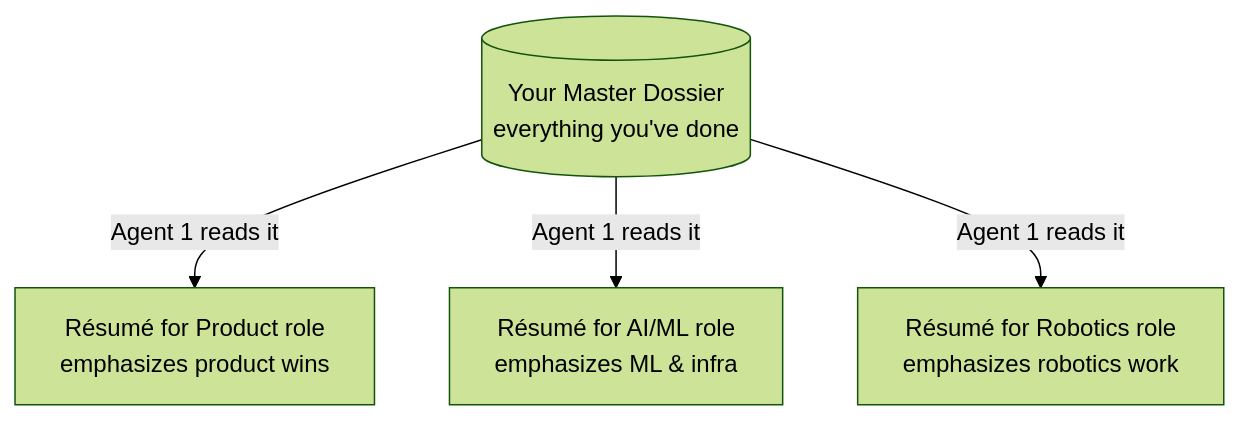
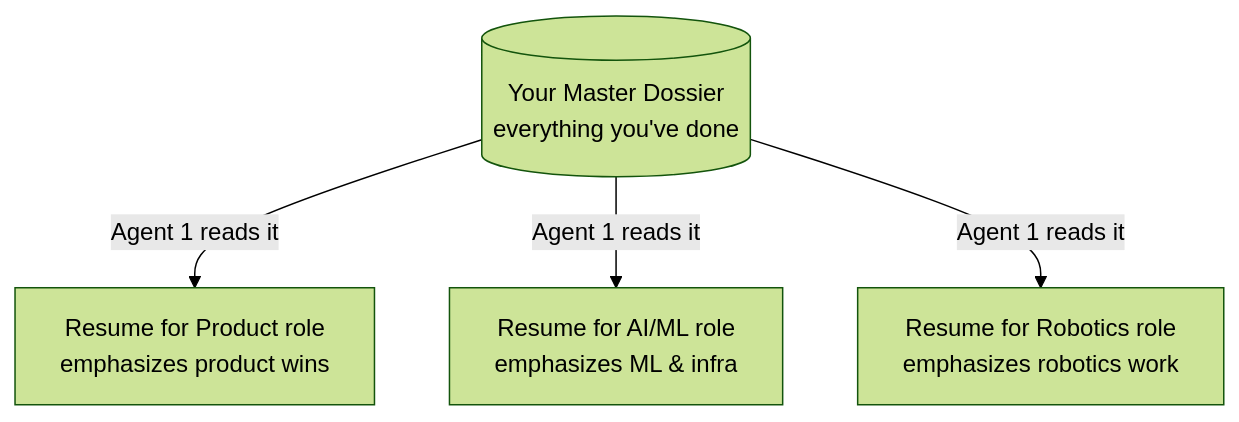
Before and after one commit to parseus-ai-inc/maestro-ai-backend: the diagram in docs/10-master-dossier.md, drawn with Mermaid (forest theme). The commit also changed other lines of this file and 6 other files, not shown here.

````diff
--- a/docs/10-master-dossier.md
+++ b/docs/10-master-dossier.md
@@ -15,7 +15,7 @@
 ```mermaid
 flowchart TD
     MD[("Your Master Dossier<br/>everything you've done")]
-    MD -->|Agent 1 reads it| R1["Résumé for Product role<br/>emphasizes product wins"]
-    MD -->|Agent 1 reads it| R2["Résumé for AI/ML role<br/>emphasizes ML & infra"]
-    MD -->|Agent 1 reads it| R3["Résumé for Robotics role<br/>emphasizes robotics work"]
+    MD -->|Agent 1 reads it| R1["Resume for Product role<br/>emphasizes product wins"]
+    MD -->|Agent 1 reads it| R2["Resume for AI/ML role<br/>emphasizes ML & infra"]
+    MD -->|Agent 1 reads it| R3["Resume for Robotics role<br/>emphasizes robotics work"]
 ```
````
